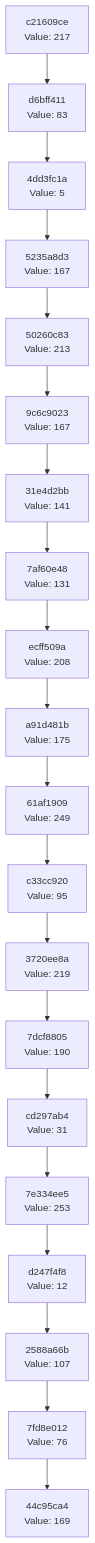
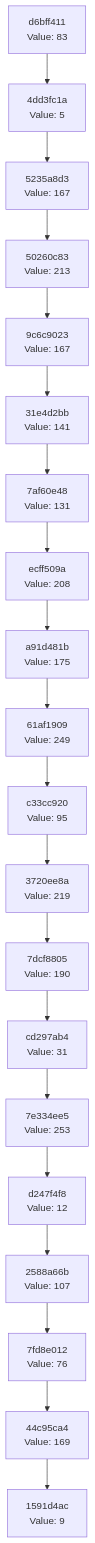
Before and after one commit to Abhisheksinha1506/hash-chain-evolver: the diagram in docs/CHAIN_VISUALIZATION.md, drawn with Mermaid. The commit also changed 1 other file, not shown here.

Commit message:
Evolution step: hash 0x09 → action executed

````diff
--- a/docs/CHAIN_VISUALIZATION.md
+++ b/docs/CHAIN_VISUALIZATION.md
@@ -3,42 +3,42 @@
 ```mermaid
 graph TD
-    C0["44c95ca4<br/>Value: 169"]
-    C1["7fd8e012<br/>Value: 76"]
+    C0["1591d4ac<br/>Value: 9"]
+    C1["44c95ca4<br/>Value: 169"]
     C1 --> C0
-    C2["2588a66b<br/>Value: 107"]
+    C2["7fd8e012<br/>Value: 76"]
     C2 --> C1
-    C3["d247f4f8<br/>Value: 12"]
+    C3["2588a66b<br/>Value: 107"]
     C3 --> C2
-    C4["7e334ee5<br/>Value: 253"]
+    C4["d247f4f8<br/>Value: 12"]
     C4 --> C3
-    C5["cd297ab4<br/>Value: 31"]
+    C5["7e334ee5<br/>Value: 253"]
     C5 --> C4
-    C6["7dcf8805<br/>Value: 190"]
+    C6["cd297ab4<br/>Value: 31"]
     C6 --> C5
-    C7["3720ee8a<br/>Value: 219"]
+    C7["7dcf8805<br/>Value: 190"]
     C7 --> C6
-    C8["c33cc920<br/>Value: 95"]
+    C8["3720ee8a<br/>Value: 219"]
     C8 --> C7
-    C9["61af1909<br/>Value: 249"]
+    C9["c33cc920<br/>Value: 95"]
     C9 --> C8
-    C10["a91d481b<br/>Value: 175"]
+    C10["61af1909<br/>Value: 249"]
     C10 --> C9
-    C11["ecff509a<br/>Value: 208"]
+    C11["a91d481b<br/>Value: 175"]
     C11 --> C10
-    C12["7af60e48<br/>Value: 131"]
+    C12["ecff509a<br/>Value: 208"]
     C12 --> C11
-    C13["31e4d2bb<br/>Value: 141"]
+    C13["7af60e48<br/>Value: 131"]
     C13 --> C12
-    C14["9c6c9023<br/>Value: 167"]
+    C14["31e4d2bb<br/>Value: 141"]
     C14 --> C13
-    C15["50260c83<br/>Value: 213"]
+    C15["9c6c9023<br/>Value: 167"]
     C15 --> C14
-    C16["5235a8d3<br/>Value: 167"]
+    C16["50260c83<br/>Value: 213"]
     C16 --> C15
-    C17["4dd3fc1a<br/>Value: 5"]
+    C17["5235a8d3<br/>Value: 167"]
     C17 --> C16
-    C18["d6bff411<br/>Value: 83"]
+    C18["4dd3fc1a<br/>Value: 5"]
     C18 --> C17
-    C19["c21609ce<br/>Value: 217"]
+    C19["d6bff411<br/>Value: 83"]
     C19 --> C18
 ```
````
